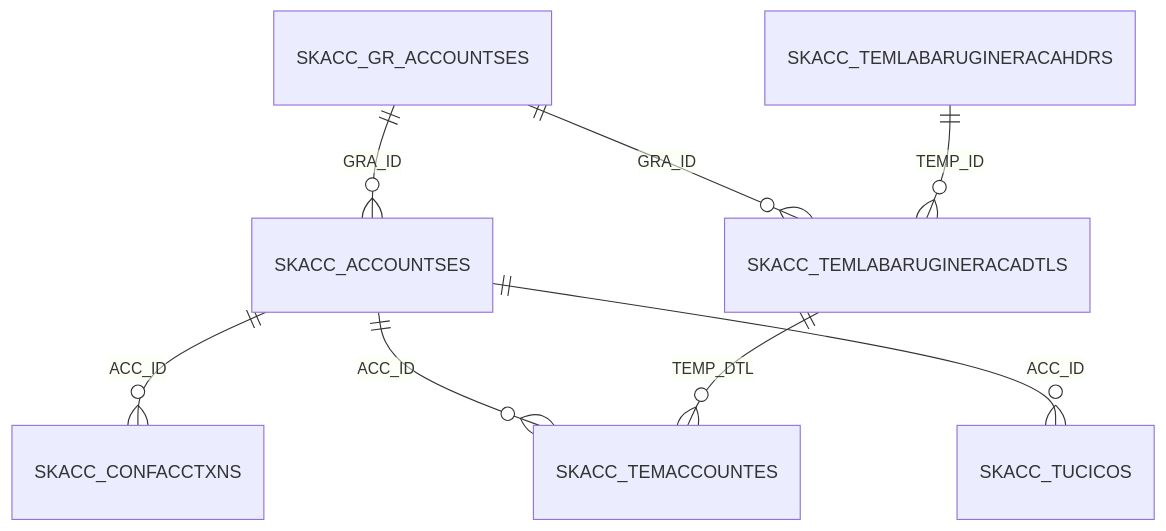
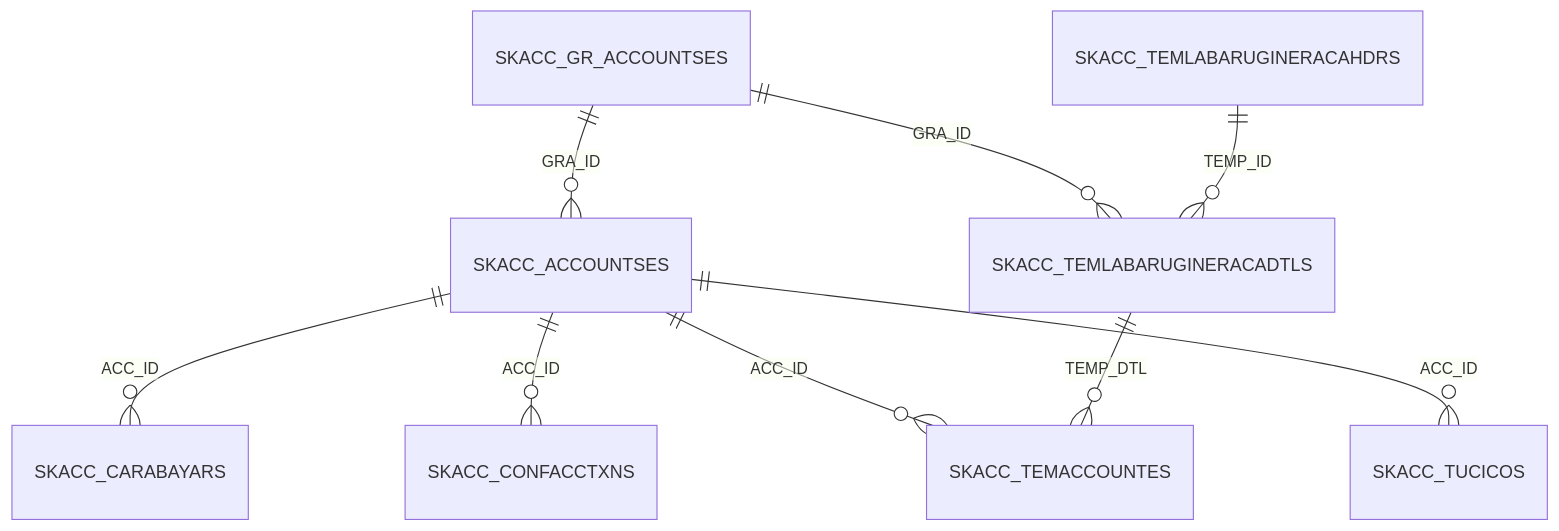
Before and after one commit to aturapi-data-tech/siklik-php82: the sixth of 11 diagrams in docs/struktur-tabel.md, drawn with Mermaid. The commit also changed other lines of this file and 10 other files, not shown here.

````diff
--- a/docs/struktur-tabel.md
+++ b/docs/struktur-tabel.md
@@ -465,10 +488,11 @@
 ```mermaid
 erDiagram
     SKACC_GR_ACCOUNTSES ||--o{ SKACC_ACCOUNTSES : "GRA_ID"
+    SKACC_ACCOUNTSES ||--o{ SKACC_CARABAYARS : "ACC_ID"
     SKACC_ACCOUNTSES ||--o{ SKACC_CONFACCTXNS : "ACC_ID"
     SKACC_ACCOUNTSES ||--o{ SKACC_TEMACCOUNTES : "ACC_ID"
     SKACC_TEMLABARUGINERACADTLS ||--o{ SKACC_TEMACCOUNTES : "TEMP_DTL"
     SKACC_GR_ACCOUNTSES ||--o{ SKACC_TEMLABARUGINERACADTLS : "GRA_ID"
     SKACC_TEMLABARUGINERACAHDRS ||--o{ SKACC_TEMLABARUGINERACADTLS : "TEMP_ID"
     SKACC_ACCOUNTSES ||--o{ SKACC_TUCICOS : "ACC_ID"
 ```
````
